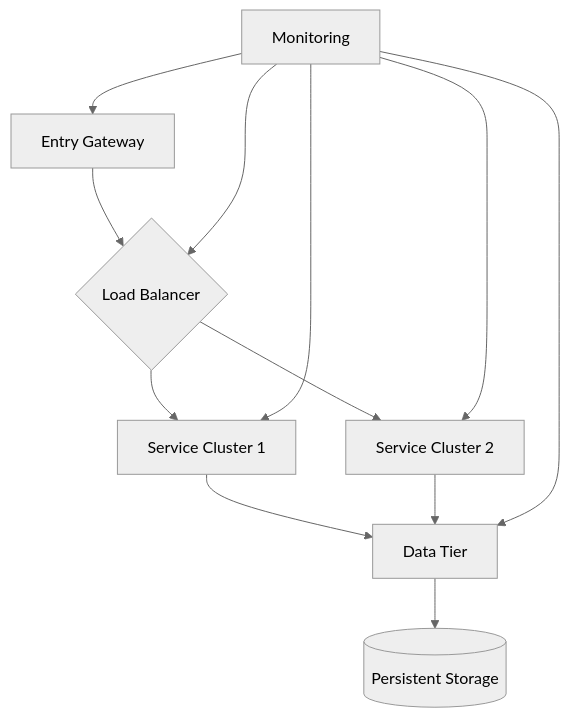
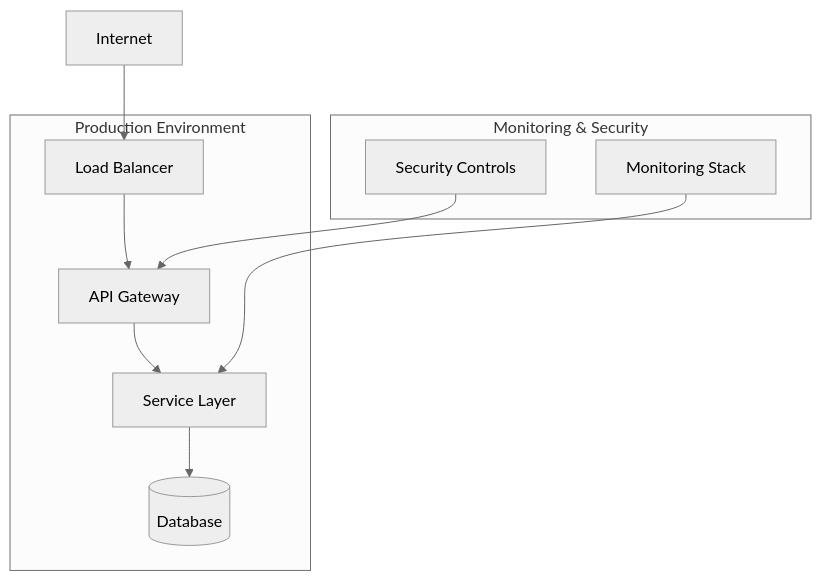
The first of 5 diagrams in src/KoalaWiki/Prompts/Warehouse/GenerateDocsDevOpsConfiguration.md (xincheng213618/OpenDeepWiki), drawn with Mermaid (neutral theme) before and after one commit. The commit also changed other lines of this file and 31 other files, not shown here.

````diff
--- a/src/KoalaWiki/Prompts/Warehouse/GenerateDocsDevOpsConfiguration.md
+++ b/src/KoalaWiki/Prompts/Warehouse/GenerateDocsDevOpsConfiguration.md
@@ -67,14 +87,21 @@
 ```mermaid
-graph TD
-    A[Entry Gateway] --> B{Load Balancer}
-    B --> C[Service Cluster 1]
-    B --> D[Service Cluster 2]
-    C --> E[Data Tier]
-    D --> E
-    E --> F[(Persistent Storage)]
-    G[Monitoring] --> A
-    G --> B
-    G --> C
-    G --> D
-    G --> E
+graph TB
+    subgraph "Production Environment"
+        LB[Load Balancer]
+        API[API Gateway]
+        SVC[Service Layer]
+        DB[(Database)]
+    end
+    
+    subgraph "Monitoring & Security"
+        MON[Monitoring Stack]
+        SEC[Security Controls]
+    end
+    
+    Internet --> LB
+    LB --> API
+    API --> SVC
+    SVC --> DB
+    MON --> SVC
+    SEC --> API
 ```
````
